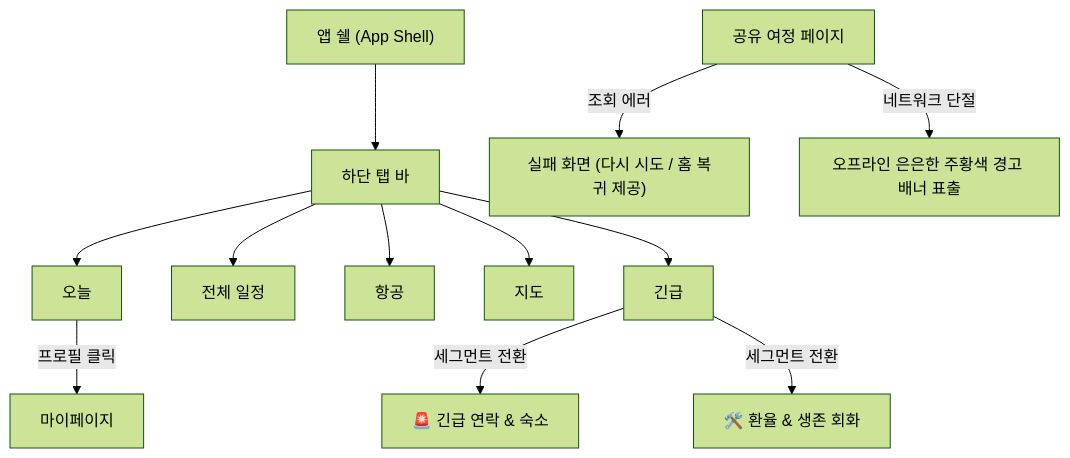
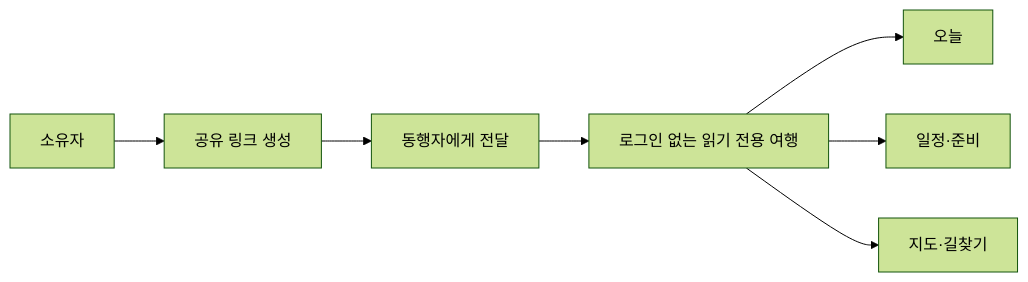
Before and after one commit to hjh6709/for_Kagoshima_travel: the fourth of 4 diagrams in docs/USER_FLOW.md, drawn with Mermaid (forest theme). The commit also changed other lines of this file and 24 other files, not shown here.

````diff
--- a/docs/USER_FLOW.md
+++ b/docs/USER_FLOW.md
@@ -96,18 +97,9 @@
 ```mermaid
-flowchart TB
-  App["앱 쉘 (App Shell)"]
-  App --> Tabs["하단 탭 바"]
-  
-  Tabs --> Today["오늘"]
-  Tabs --> Schedule["전체 일정"]
-  Tabs --> Flight["항공"]
-  Tabs --> Map["지도"]
-  Tabs --> Concierge["긴급"]
-
-  Today -->|프로필 클릭| MyPage["마이페이지"]
-  Concierge -->|세그먼트 전환| ConciergeEmergency["🚨 긴급 연락 & 숙소"]
-  Concierge -->|세그먼트 전환| ConciergeTools["🛠️ 환율 & 생존 회화"]
-  
-  SharedPage["공유 여정 페이지"] -->|조회 에러| ErrorScreen["실패 화면 (다시 시도 / 홈 복귀 제공)"]
-  SharedPage -->|네트워크 단절| CachedWarning["오프라인 은은한 주황색 경고 배너 표출"]
+flowchart LR
+  Owner["소유자"] --> CreateLink["공유 링크 생성"]
+  CreateLink --> Send["동행자에게 전달"]
+  Send --> Public["로그인 없는 읽기 전용 여행"]
+  Public --> Today["오늘"]
+  Public --> Schedule["일정·준비"]
+  Public --> Map["지도·길찾기"]
 ```
````
